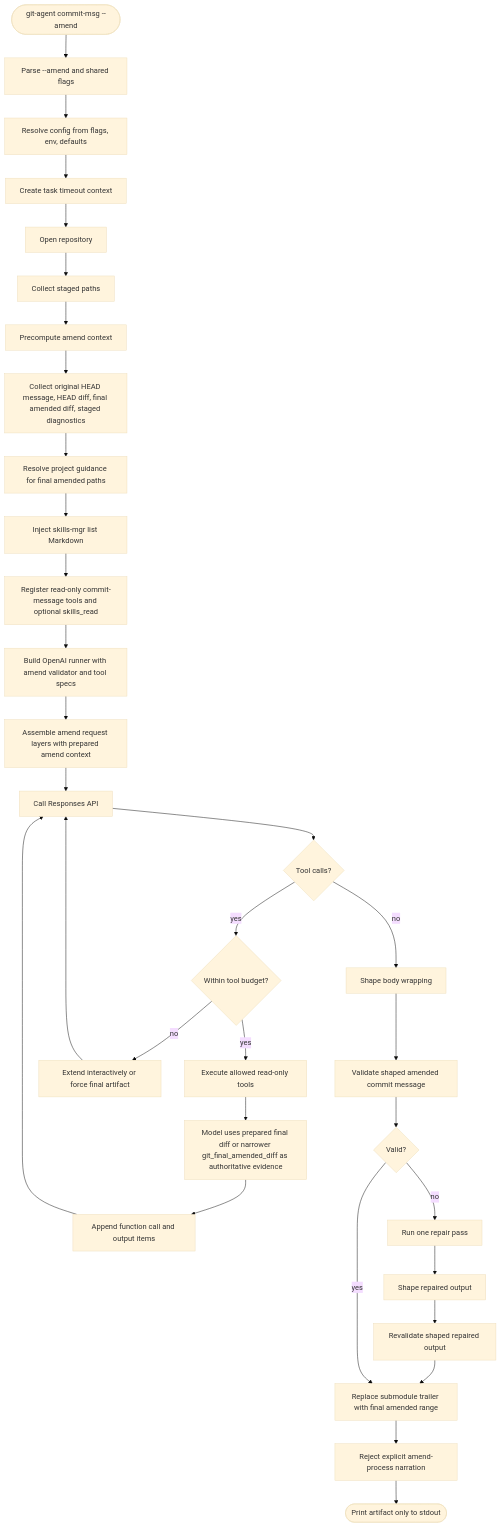
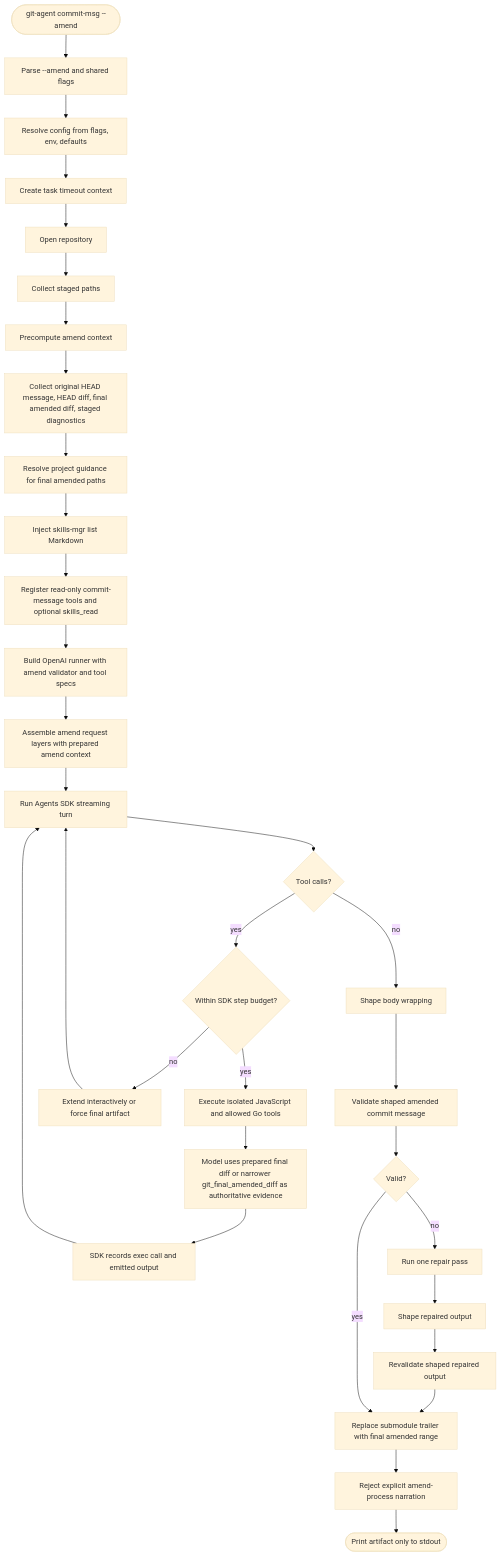
One commit to yusing/git-agent changed the second of 5 diagrams in docs/spec.md. Above: the diagram before and after it, drawn with Mermaid (base theme). The commit also changed other lines of this file and 47 other files, not shown here.

First line of the commit message:
refactor(agent): migrate execution to the OpenAI Agents SDK

````diff
--- a/docs/spec.md
+++ b/docs/spec.md
@@ -1538,34 +1490,34 @@
 ```mermaid
 flowchart TD
     Start([git-agent commit-msg --amend]) --> Parse[Parse --amend and shared flags]
     Parse --> Resolve[Resolve config from flags, env, defaults]
     Resolve --> Timeout[Create task timeout context]
     Timeout --> OpenRepo[Open repository]
     OpenRepo --> StagedPaths[Collect staged paths]
     StagedPaths --> Prepare[Precompute amend context]
     Prepare --> Evidence[Collect original HEAD message, HEAD diff, final amended diff, staged diagnostics]
     Evidence --> Guidance[Resolve project guidance for final amended paths]
     Guidance --> Skills[Inject skills-mgr list Markdown]
     Skills --> Registry[Register read-only commit-message tools and optional skills_read]
     Registry --> Runner[Build OpenAI runner with amend validator and tool specs]
     Runner --> Request[Assemble amend request layers with prepared amend context]
-    Request --> Model[Call Responses API]
+    Request --> Model[Run Agents SDK streaming turn]
     Model --> ToolDecision{Tool calls?}
-    ToolDecision -- yes --> ToolBudget{Within tool budget?}
-    ToolBudget -- yes --> ExecuteTools[Execute allowed read-only tools]
+    ToolDecision -- yes --> ToolBudget{Within SDK step budget?}
+    ToolBudget -- yes --> ExecuteTools[Execute isolated JavaScript and allowed Go tools]
     ExecuteTools --> FinalDiff[Model uses prepared final diff or narrower git_final_amended_diff as authoritative evidence]
-    FinalDiff --> Continue[Append function call and output items]
+    FinalDiff --> Continue[SDK records exec call and emitted output]
     Continue --> Model
     ToolBudget -- no --> Budget[Extend interactively or force final artifact]
     Budget --> Model
     ToolDecision -- no --> Shape[Shape body wrapping]
     Shape --> Validate[Validate shaped amended commit message]
     Validate --> Valid{Valid?}
     Valid -- no --> Repair[Run one repair pass]
     Repair --> Reshape[Shape repaired output]
     Reshape --> Revalidate[Revalidate shaped repaired output]
     Revalidate --> Trailer
     Valid -- yes --> Trailer[Replace submodule trailer with final amended range]
     Trailer --> FinalValidate[Reject explicit amend-process narration]
     FinalValidate --> Stdout([Print artifact only to stdout])
 ```
````
